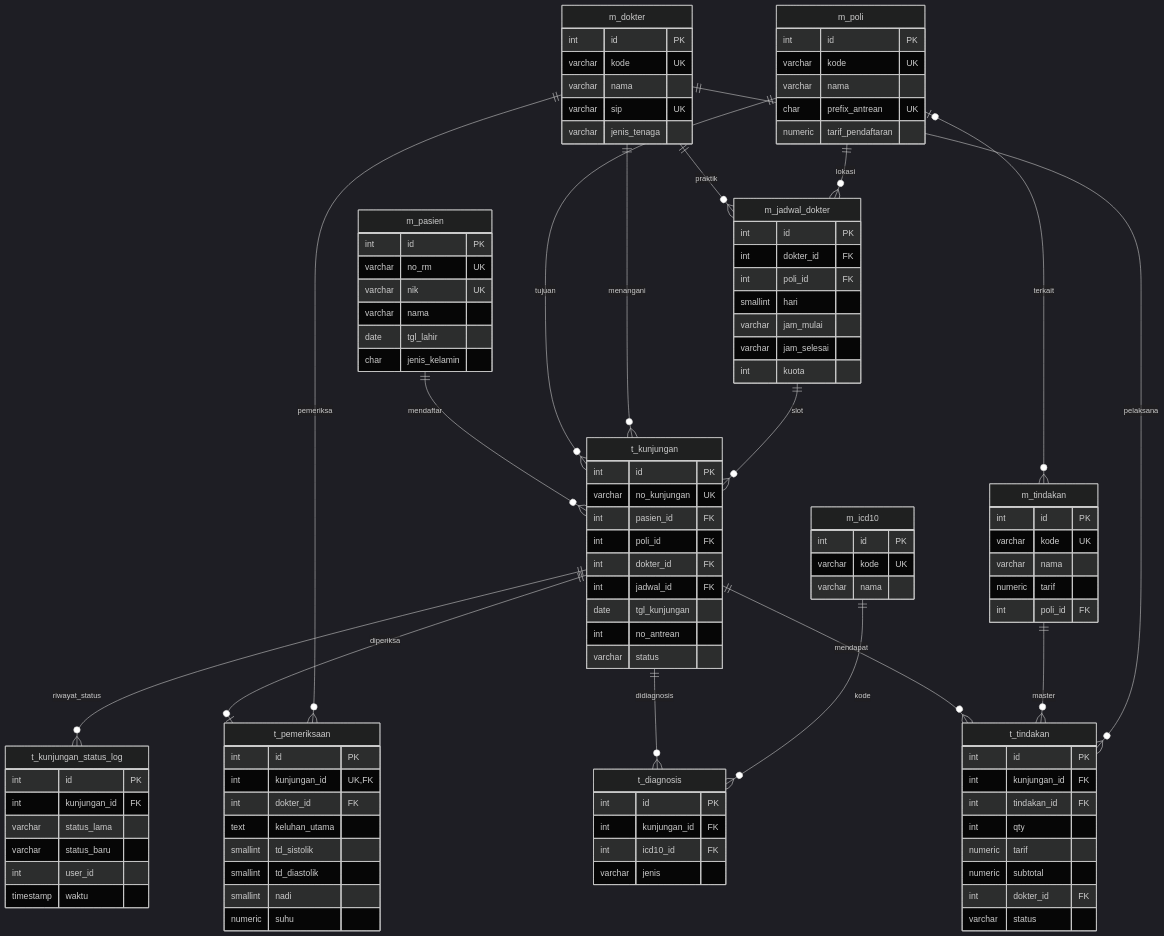
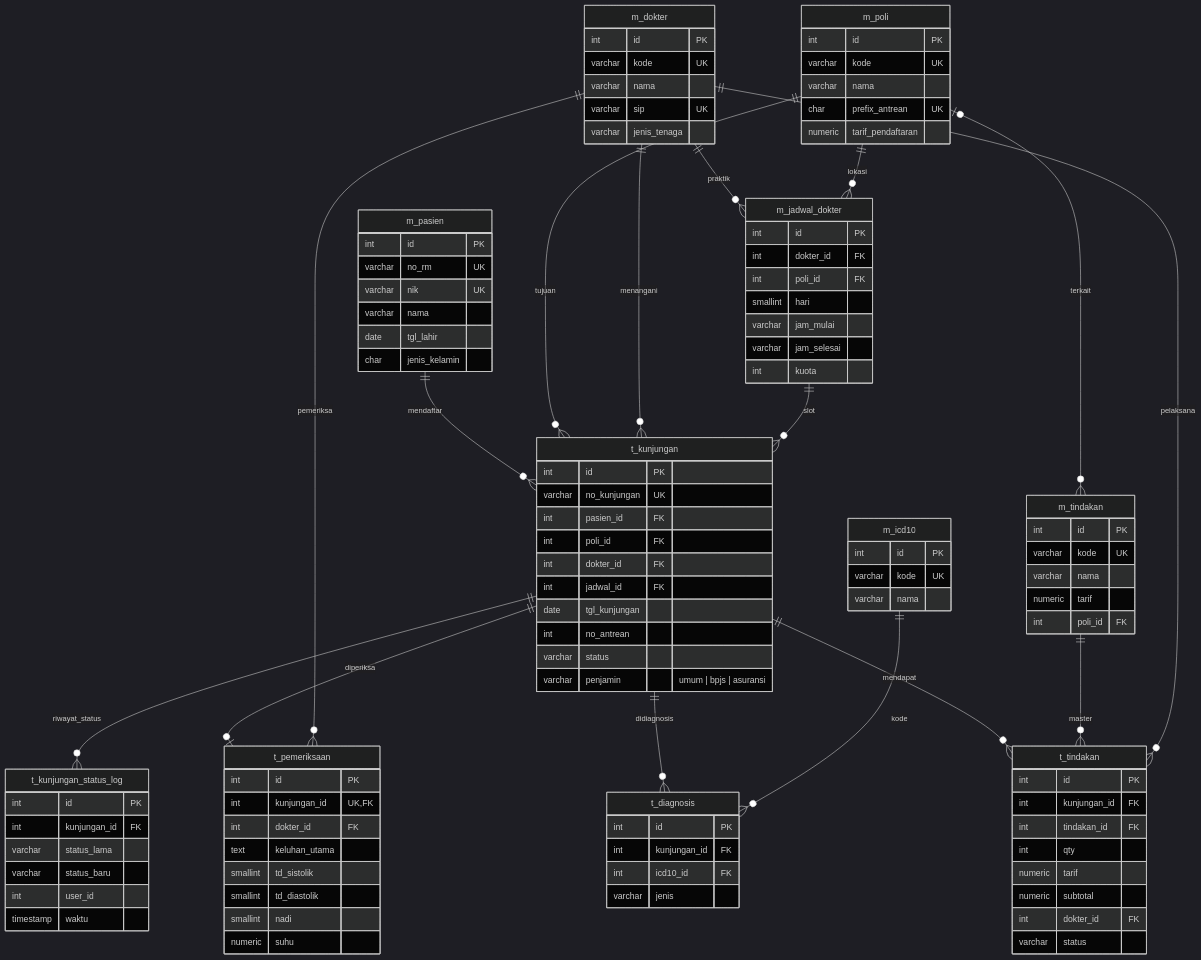
Before and after one commit to maeshataruna99-lgtm/simrs-rawat-jalan: the second of 3 diagrams in database/erd.md, drawn with Mermaid (dark theme). The commit also changed other lines of this file and 6 other files, not shown here.

First line of the commit message:
docs: sinkronkan schema, erd, dokumen api, dan bukti service node

```diff
--- a/database/erd.md
+++ b/database/erd.md
@@ -151,6 +151,7 @@
         date tgl_kunjungan
         int no_antrean
         varchar status
+        varchar penjamin "umum | bpjs | asuransi"
     }
     t_kunjungan_status_log {
         int id PK
```
